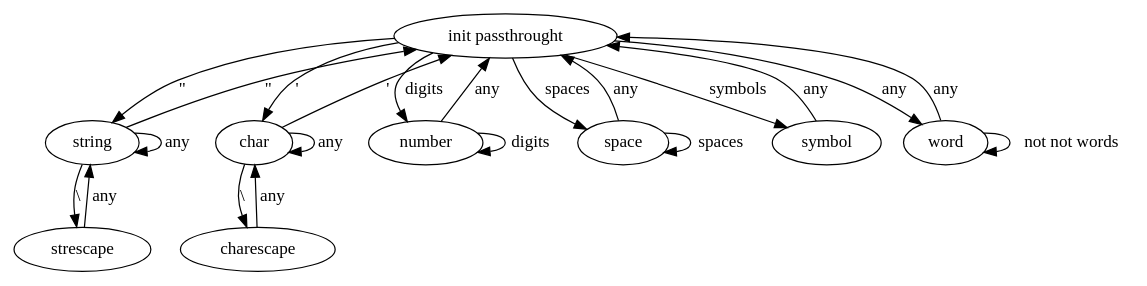
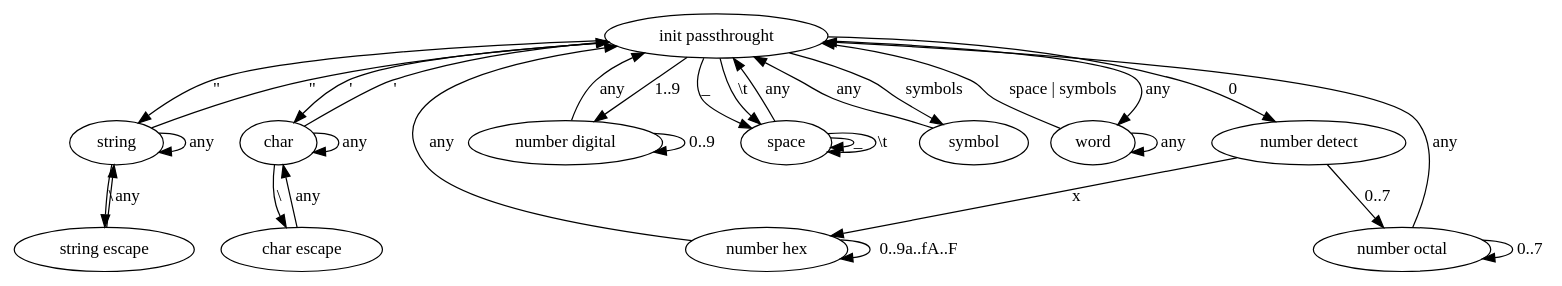
One commit to DronMDF/paranoid changed the diagram in doc/tokenize.dot. Above: the diagram before and after it, drawn with Graphviz.

Commit message:
Tokenizer graph

```diff
--- a/doc/tokenize.dot
+++ b/doc/tokenize.dot
@@ -1,41 +1,52 @@
 // dot -Tpng -o tokenize.png tokenize.dot
 
 // source code split by next tokens:
 // 1. string (quoted in ")
 // 2. char (quoted in ')
 // 3. number (digit, continuous)
 // 4. symbol (fill the list of symbol)
 // 5. spaces (space, tabs, linefeed, etc...)
 // 6. word (all non previous tokens, continuous)
 // 7. newline (special token)
 
 digraph tokenize {
 	"init passthrought" -> string [label="\""]
 	"init passthrought" -> char [label="\'"]
-	"init passthrought" -> number [label="digits"]
-	"init passthrought" -> space [label="spaces"]
+	"init passthrought" -> "number detect" [label="0"]
+	"init passthrought" -> "number digital" [label="1..9"]
+	"init passthrought" -> space [label="_"]
+	"init passthrought" -> space [label="\\t"]
 	"init passthrought" -> symbol [label="symbols"]
 	"init passthrought" -> word [label="any"]
 	
-	string -> strescape [label="\\"]
+	string -> "string escape" [label="\\"]
 	string -> "init passthrought" [label="\""]
 	string -> string [label="any"]
-	strescape -> string [label="any"]
+	"string escape" -> string [label="any"]
 
-	char -> charescape [label="\\"]
+	char -> "char escape" [label="\\"]
 	char -> "init passthrought" [label="\'"]
 	char -> char [label="any"]
-	charescape -> char [label="any"]
+	"char escape" -> char [label="any"]
 	
-	number -> number [label="digits"]
-	number -> "init passthrought" [label="any"]
+	// float and suffixes i can detect over postprocess
+	"number detect" -> "number hex" [label="x"]
+	"number detect" -> "number octal" [label="0..7"]
+	"number hex" -> "number hex" [label="0..9a..fA..F"]
+	"number hex" -> "init passthrought" [label="any"]
+	"number octal" -> "number octal" [label="0..7"]
+	"number octal" -> "init passthrought" [label="any"]
+
+	"number digital" -> "number digital" [label="0..9"]
+	"number digital" -> "init passthrought" [label="any"]
 	
-	space -> space [label="spaces"]
+	space -> space [label="_"]
+	space -> space [label="\\t"]
 	space -> "init passthrought" [label="any"]
 
 	// Symbol only by one
 	symbol -> "init passthrought" [label="any"]
 	
-	word -> word [label="not not words"]
-	word -> "init passthrought" [label="any"]
+	word -> "init passthrought" [label="space | symbols"]
+	word -> word [label="any"]
 }
```
